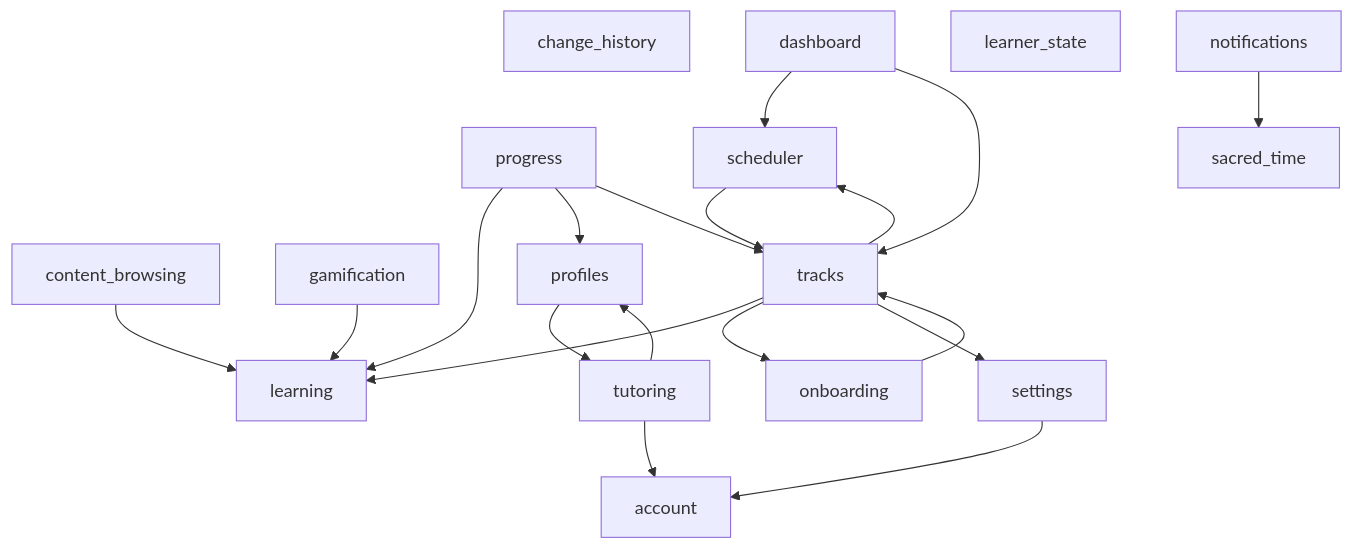
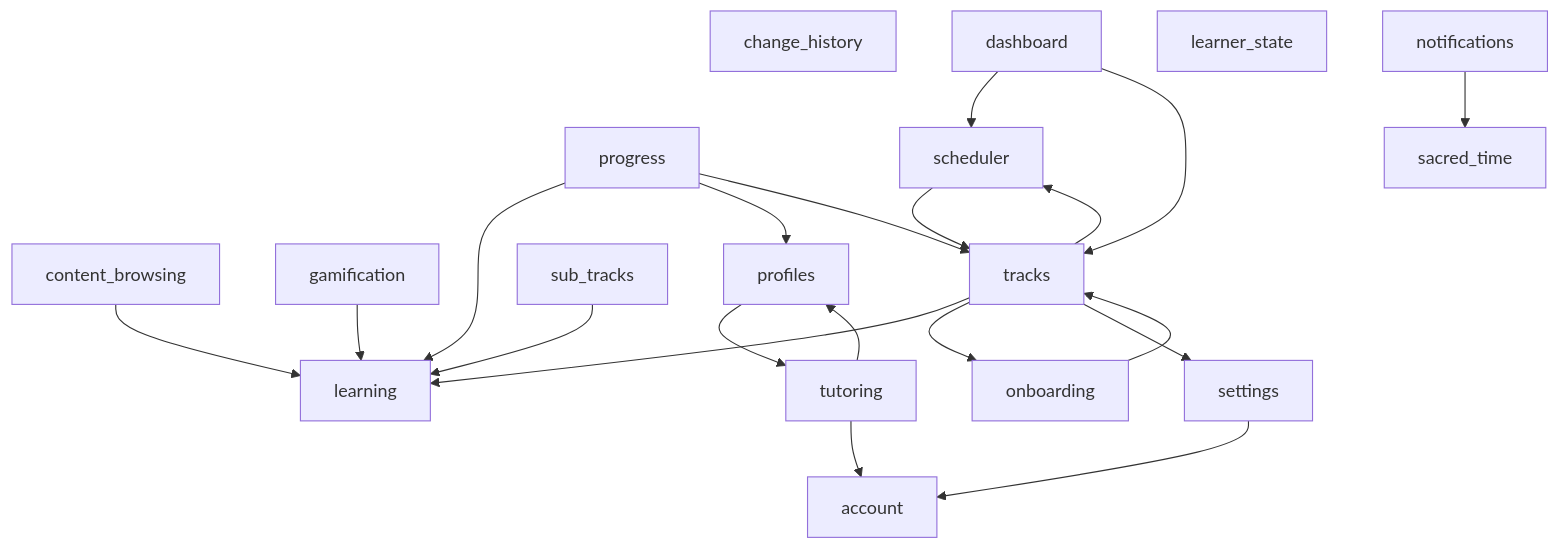
The second of 4 diagrams in docs/architecture.md (dniasoff/learning-tracker), drawn with Mermaid before and after one commit. The commit also changed 3 other files, not shown here.

First line of the commit message:
chore(sub-tracks): DNI-499 T8 feature graph lists sub_tracks and learner_state; seams cite their bead

````diff
--- a/docs/architecture.md
+++ b/docs/architecture.md
@@ -240,38 +240,40 @@
 ```mermaid
 graph TD
     account["account"]
     change_history["change_history"]
     content_browsing["content_browsing"]
     dashboard["dashboard"]
     gamification["gamification"]
     learner_state["learner_state"]
     learning["learning"]
     notifications["notifications"]
     onboarding["onboarding"]
     profiles["profiles"]
     progress["progress"]
     sacred_time["sacred_time"]
     scheduler["scheduler"]
     settings["settings"]
+    sub_tracks["sub_tracks"]
     tracks["tracks"]
     tutoring["tutoring"]
 
     content_browsing --> learning
     dashboard --> scheduler
     dashboard --> tracks
     gamification --> learning
     notifications --> sacred_time
     onboarding --> tracks
     profiles --> tutoring
     progress --> learning
     progress --> profiles
     progress --> tracks
     scheduler --> tracks
     settings --> account
     tracks --> learning
+    sub_tracks --> learning
     tracks --> onboarding
     tracks --> scheduler
     tracks --> settings
     tutoring --> account
     tutoring --> profiles
 ```
````
